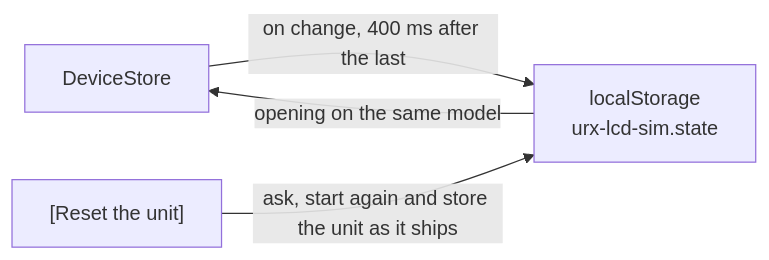
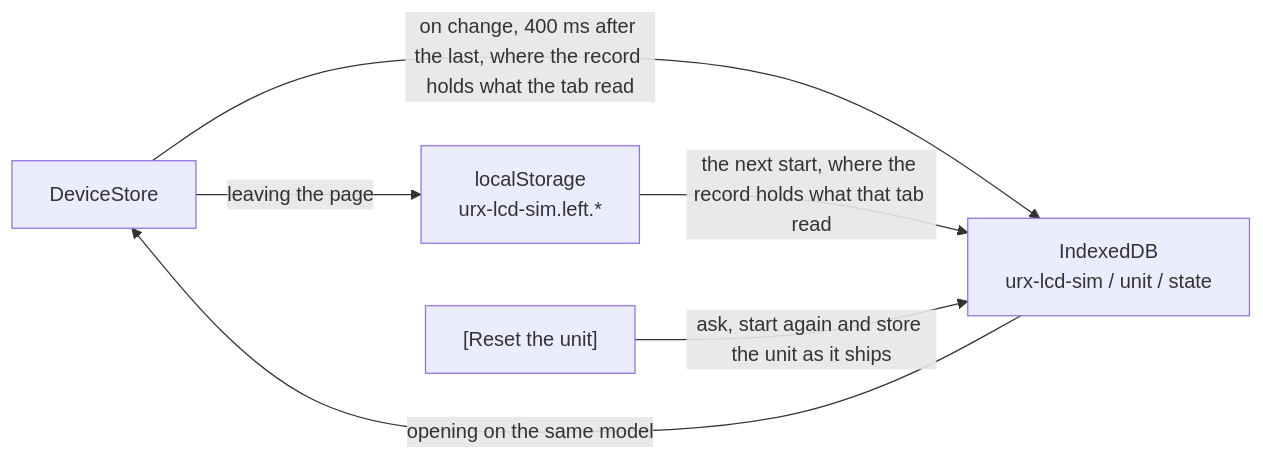
The second of 2 diagrams in docs/en/architecture.md (semnil/urx-lcd-sim), drawn with Mermaid before and after one commit. The commit also changed other lines of this file and 11 other files, not shown here.

````diff
--- a/docs/en/architecture.md
+++ b/docs/en/architecture.md
@@ -149,6 +153,8 @@
 ```mermaid
 flowchart LR
-  ST["DeviceStore"] -->|"on change, 400 ms after the last"| LS["localStorage<br/>urx-lcd-sim.state"]
-  LS -->|"opening on the same model"| ST
-  RS["[Reset the unit]"] -->|"ask, start again and store the unit as it ships"| LS
+  ST["DeviceStore"] -->|"on change, 400 ms after the last, where the record holds what the tab read"| DB["IndexedDB<br/>urx-lcd-sim / unit / state"]
+  DB -->|"opening on the same model"| ST
+  ST -->|"leaving the page"| LEFT["localStorage<br/>urx-lcd-sim.left.*"]
+  LEFT -->|"the next start, where the record holds what that tab read"| DB
+  RS["[Reset the unit]"] -->|"ask, start again and store the unit as it ships"| DB
 ```
````
